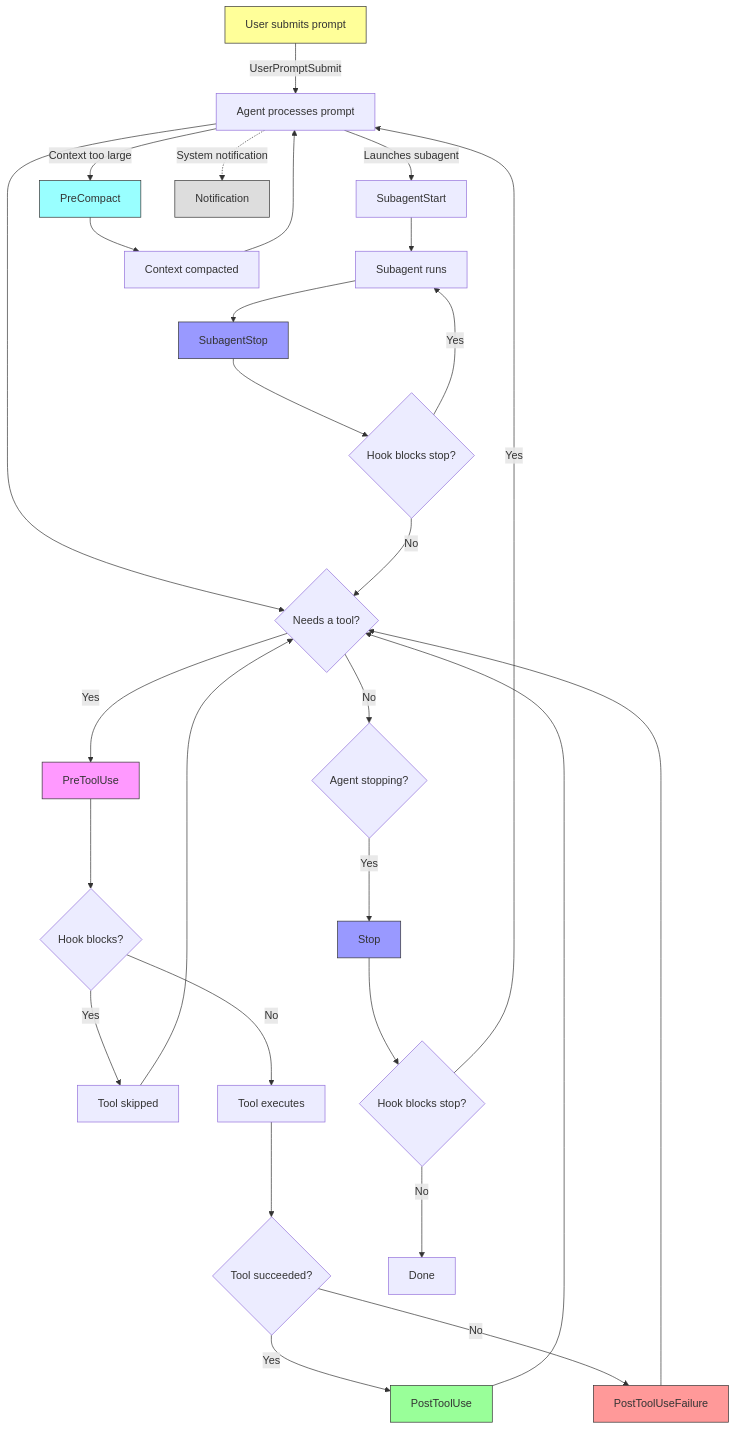
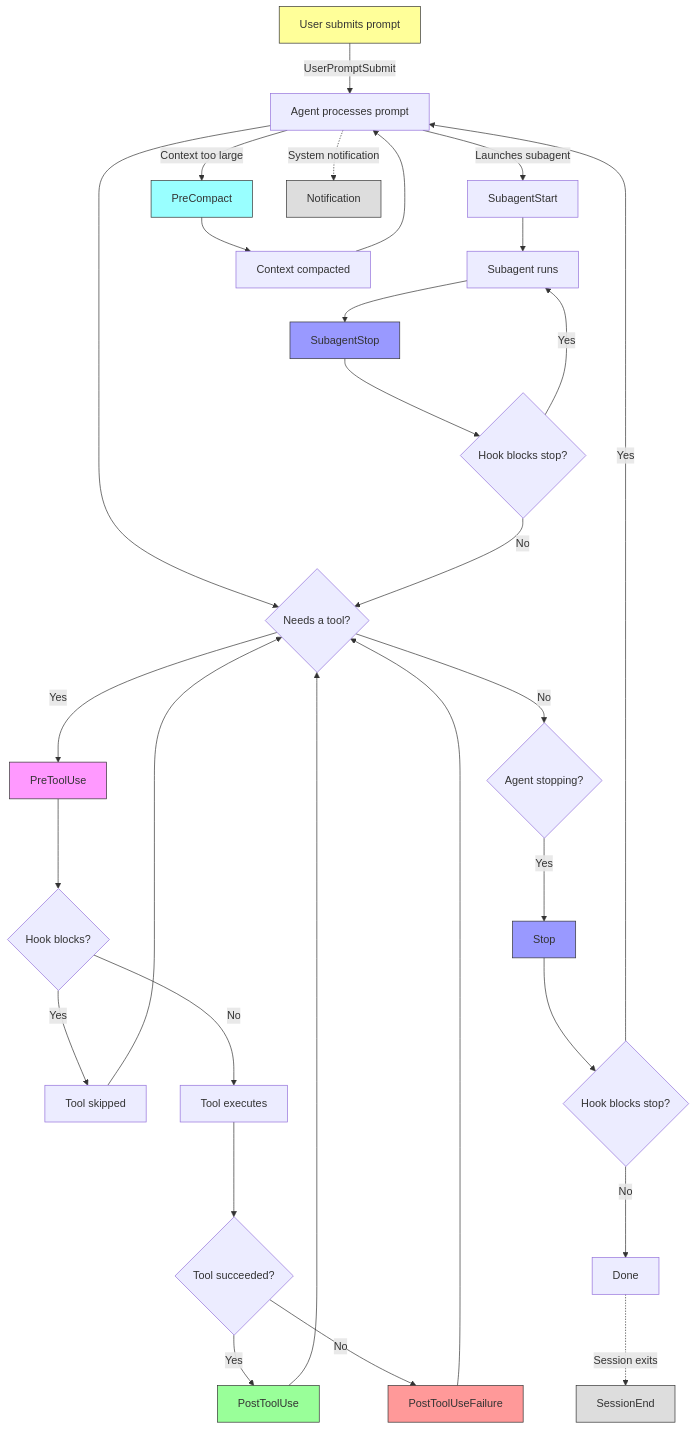
One commit to yasyf/captain-hook changed the diagram in docs/guide/how-it-works.qmd. Above: the diagram before and after it, drawn with Mermaid. The commit also changed other lines of this file and 15 other files, not shown here.

````diff
--- a/docs/guide/how-it-works.qmd
+++ b/docs/guide/how-it-works.qmd
@@ -25,42 +25,44 @@
 ```{mermaid}
 flowchart TD
     A[User submits prompt] -->|UserPromptSubmit| B[Agent processes prompt]
     B --> C{Needs a tool?}
     C -->|Yes| D[PreToolUse]
     D --> E{Hook blocks?}
     E -->|Yes| F[Tool skipped]
     E -->|No| G[Tool executes]
     G --> H{Tool succeeded?}
     H -->|Yes| I[PostToolUse]
     H -->|No| J[PostToolUseFailure]
     I --> C
     J --> C
     F --> C
     C -->|No| K{Agent stopping?}
     K -->|Yes| L[Stop]
     L --> M{Hook blocks stop?}
     M -->|Yes| B
     M -->|No| N[Done]
 
     B -->|Launches subagent| O[SubagentStart]
     O --> P[Subagent runs]
     P --> Q[SubagentStop]
     Q --> R{Hook blocks stop?}
     R -->|Yes| P
     R -->|No| C
 
     B -->|Context too large| S[PreCompact]
     S --> T[Context compacted]
     T --> B
 
     B -.->|System notification| U[Notification]
+    N -.->|Session exits| V[SessionEnd]
 
     style D fill:#f9f,stroke:#333
     style I fill:#9f9,stroke:#333
     style J fill:#f99,stroke:#333
     style L fill:#99f,stroke:#333
     style Q fill:#99f,stroke:#333
     style A fill:#ff9,stroke:#333
     style S fill:#9ff,stroke:#333
     style U fill:#ddd,stroke:#333
+    style V fill:#ddd,stroke:#333
 ```
````
